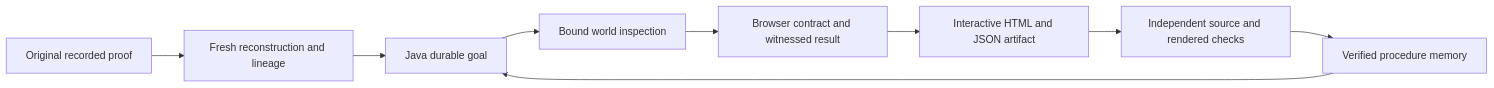
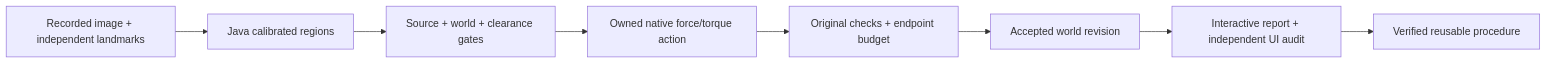
One commit to eyeoverthink/Fraynix-Agent-Workspace changed the diagram in README.md. Above: the diagram before and after it, drawn with Mermaid. The commit also changed other lines of this file and 93 other files, not shown here.

Commit message:
Document edition 159 calibrated recorded actions

````diff
--- a/README.md
+++ b/README.md
@@ -108,11 +104,10 @@
 ```mermaid
 flowchart LR
-  A[Original recorded proof] --> B[Fresh reconstruction and lineage]
-  B --> C[Java durable goal]
-  C --> D[Bound world inspection]
-  D --> E[Browser contract and witnessed result]
-  E --> F[Interactive HTML and JSON artifact]
-  F --> G[Independent source and rendered checks]
-  G --> H[Verified procedure memory]
-  H --> C
+  A[Recorded image + independent landmarks] --> B[Java calibrated regions]
+  B --> C[Source + world + clearance gates]
+  C --> D[Owned native force/torque action]
+  D --> E[Original checks + endpoint budget]
+  E --> F[Accepted world revision]
+  F --> G[Interactive report + independent UI audit]
+  G --> H[Verified reusable procedure]
 ```
````
